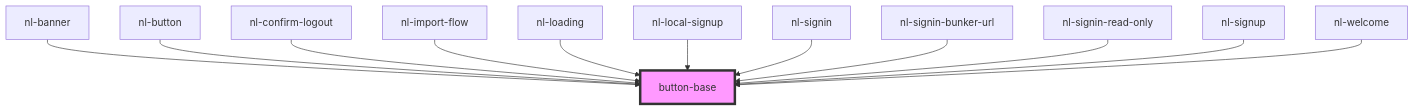
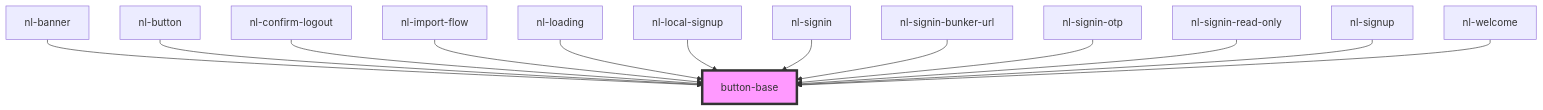
One commit to nostrband/nostr-login changed the diagram in packages/components/src/components/button-base/readme.md. Above: the diagram before and after it, drawn with Mermaid. The commit also changed other lines of this file and 22 other files, not shown here.

````diff
--- a/packages/components/src/components/button-base/readme.md
+++ b/packages/components/src/components/button-base/readme.md
@@ -33,15 +34,16 @@
 ```mermaid
 graph TD;
   nl-banner --> button-base
   nl-button --> button-base
   nl-confirm-logout --> button-base
   nl-import-flow --> button-base
   nl-loading --> button-base
   nl-local-signup --> button-base
   nl-signin --> button-base
   nl-signin-bunker-url --> button-base
+  nl-signin-otp --> button-base
   nl-signin-read-only --> button-base
   nl-signup --> button-base
   nl-welcome --> button-base
   style button-base fill:#f9f,stroke:#333,stroke-width:4px
 ```
````
